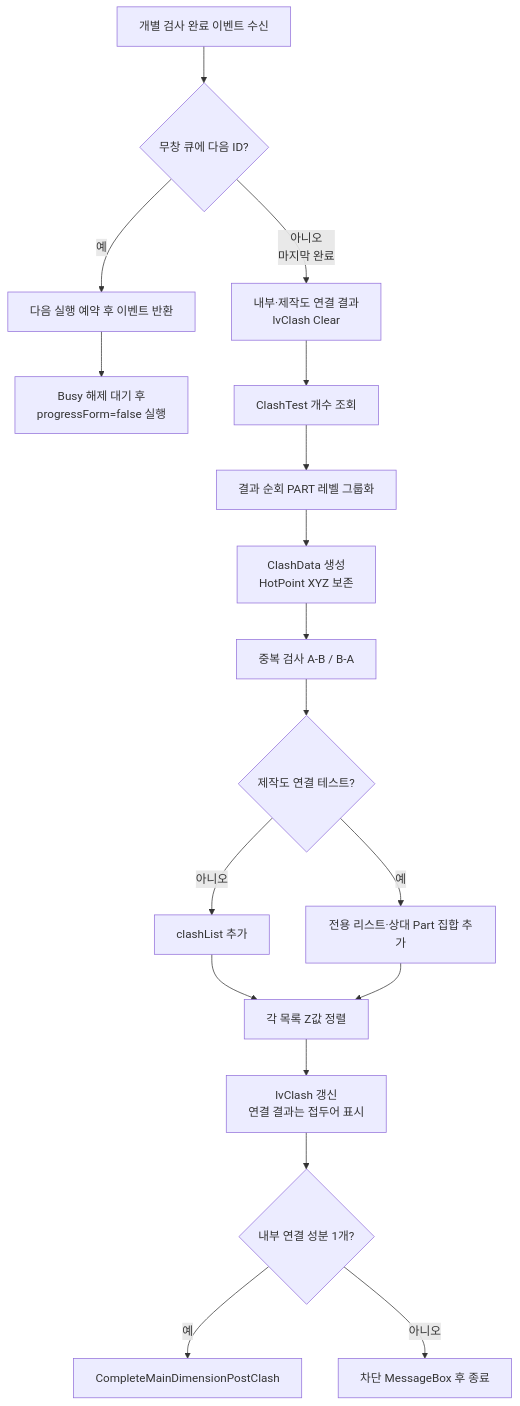
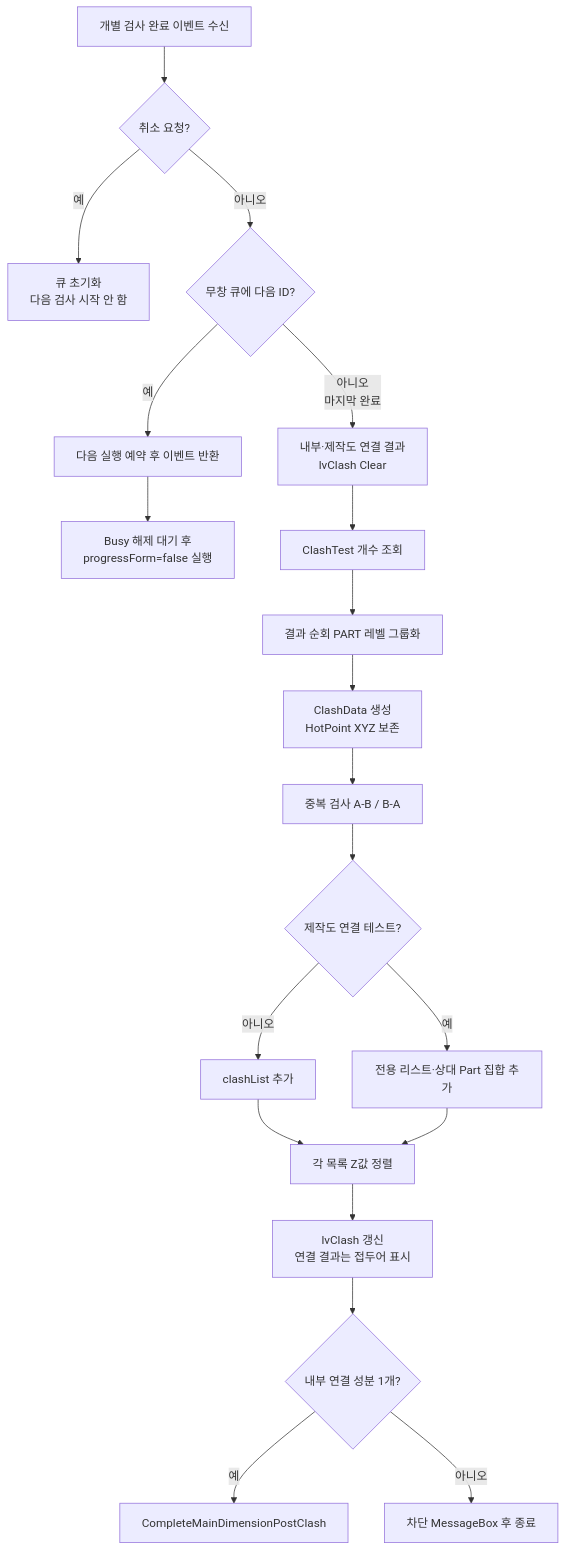
The diagram in docs/기능/간섭검사/간섭검사 완료 이벤트.md (uuuuj/a2z), drawn with Mermaid before and after one commit. The commit also changed other lines of this file and 20 other files, not shown here.

````diff
--- a/docs/기능/간섭검사/간섭검사 완료 이벤트.md
+++ b/docs/기능/간섭검사/간섭검사 완료 이벤트.md
@@ -29,20 +29,22 @@
 ```mermaid
 flowchart TD
-    A[개별 검사 완료 이벤트 수신] --> A1{무창 큐에 다음 ID?}
+    A[개별 검사 완료 이벤트 수신] --> C0{취소 요청?}
+    C0 -- 예 --> CX[큐 초기화<br/>다음 검사 시작 안 함]
+    C0 -- 아니오 --> A1{무창 큐에 다음 ID?}
     A1 -- 예 --> A2[다음 실행 예약 후 이벤트 반환]
     A2 --> A3[Busy 해제 대기 후<br/>progressForm=false 실행]
     A1 -- 아니오<br/>마지막 완료 --> B[내부·제작도 연결 결과<br/>lvClash Clear]
     B --> C[ClashTest 개수 조회]
     C --> D[결과 순회 PART 레벨 그룹화]
     D --> E[ClashData 생성<br/>HotPoint XYZ 보존]
     E --> F[중복 검사 A-B / B-A]
     F --> G{제작도 연결 테스트?}
     G -- 아니오 --> H[clashList 추가]
     G -- 예 --> I[전용 리스트·상대 Part 집합 추가]
     H --> J[각 목록 Z값 정렬]
     I --> J
     J --> K[lvClash 갱신<br/>연결 결과는 접두어 표시]
     K --> L{내부 연결 성분 1개?}
     L -- 예 --> M[CompleteMainDimensionPostClash]
     L -- 아니오 --> N[차단 MessageBox 후 종료]
 ```
````
